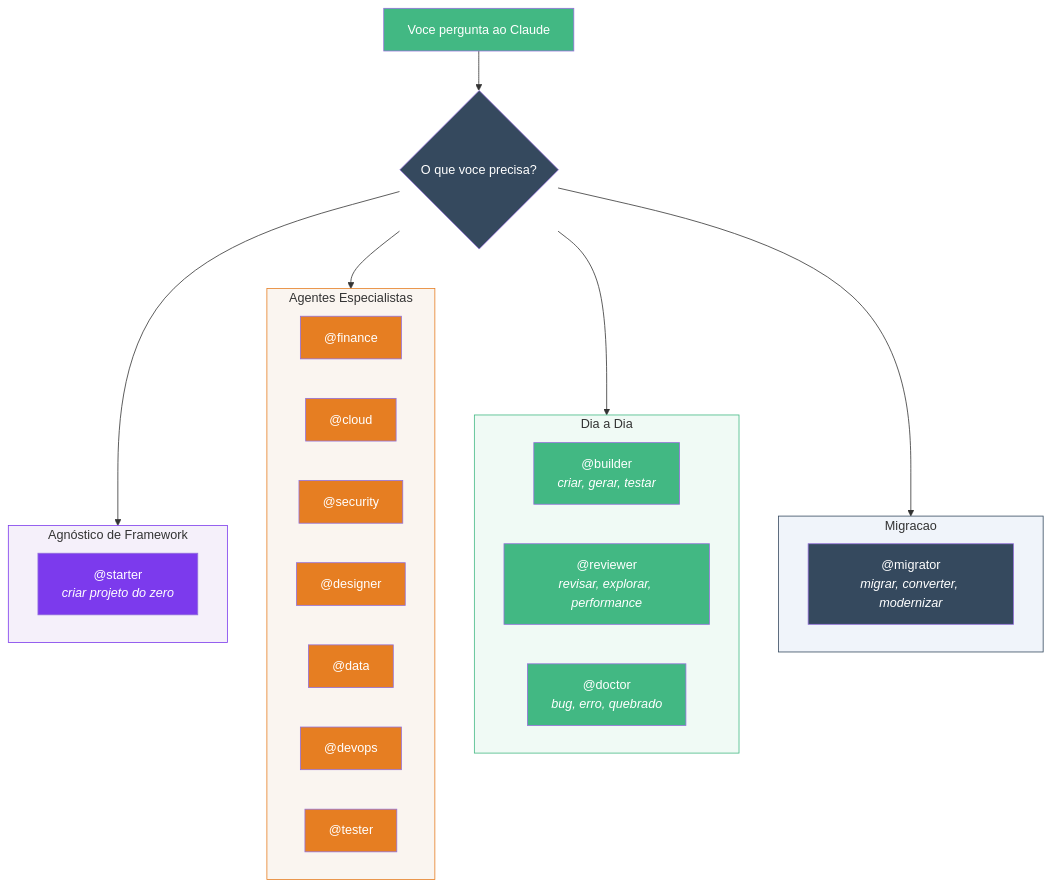
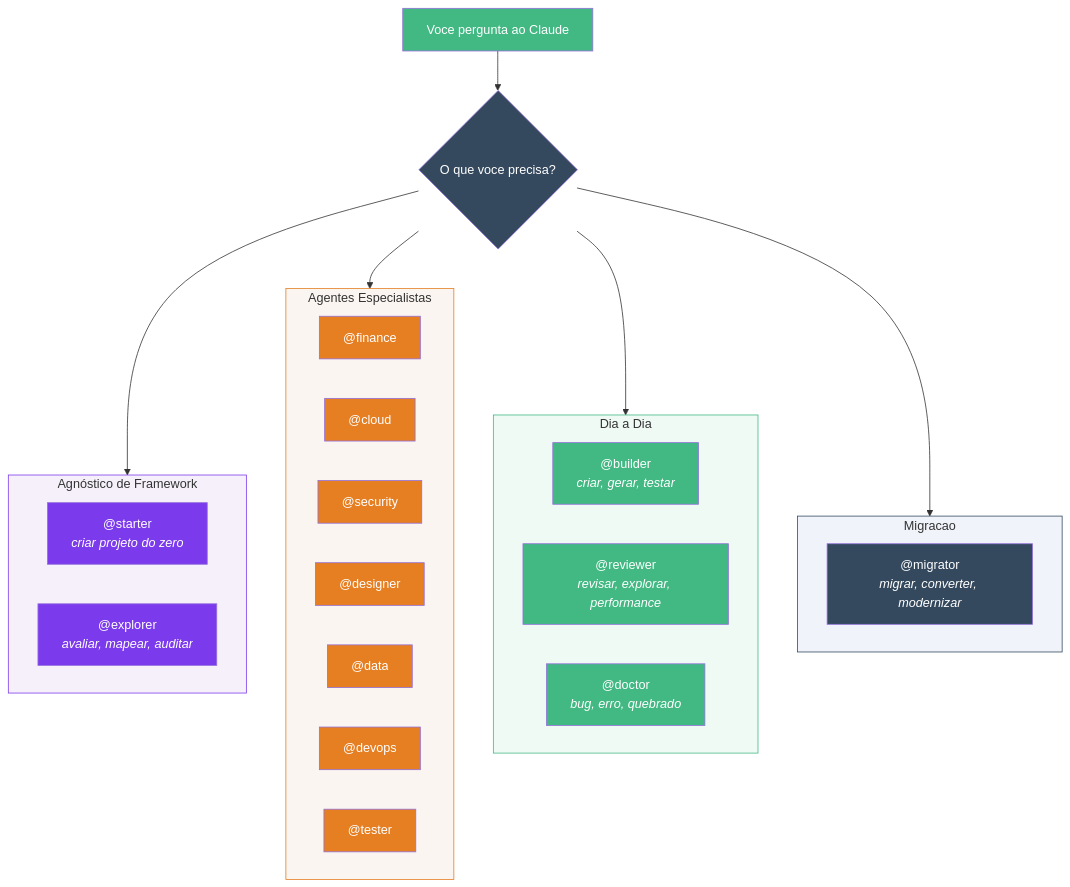
One commit to HerbertJulio/specialist-agent changed the first of 6 diagrams in docs/pt-BR/reference/agents.md. Above: the diagram before and after it, drawn with Mermaid. The commit also changed other lines of this file and 10 other files, not shown here.

````diff
--- a/docs/pt-BR/reference/agents.md
+++ b/docs/pt-BR/reference/agents.md
@@ -7,52 +7,54 @@
 ```mermaid
 graph TB
     User["Voce pergunta ao Claude"] --> Detect{"O que voce precisa?"}
 
     subgraph agnostic["Agnóstico de Framework"]
         Starter["@starter<br/><i>criar projeto do zero</i>"]
+        Explorer["@explorer<br/><i>avaliar, mapear, auditar</i>"]
     end
 
     subgraph specialists["Agentes Especialistas"]
         Finance["@finance"]
         Cloud["@cloud"]
         Security["@security"]
         Designer["@designer"]
         Data["@data"]
         DevOps["@devops"]
         Tester["@tester"]
     end
 
     subgraph daily["Dia a Dia"]
         Builder["@builder<br/><i>criar, gerar, testar</i>"]
         Reviewer["@reviewer<br/><i>revisar, explorar, performance</i>"]
         Doctor["@doctor<br/><i>bug, erro, quebrado</i>"]
     end
 
     subgraph migration["Migracao"]
         Migrator["@migrator<br/><i>migrar, converter, modernizar</i>"]
     end
 
     Detect --> agnostic
     Detect --> specialists
     Detect --> daily
     Detect --> migration
 
     style User fill:#42b883,color:#fff
     style Detect fill:#35495e,color:#fff
     style agnostic fill:#f5f0fa,stroke:#7c3aed
     style specialists fill:#faf5f0,stroke:#e67e22
     style daily fill:#f0faf5,stroke:#42b883
     style migration fill:#f0f4fa,stroke:#35495e
     style Starter fill:#7c3aed,color:#fff
+    style Explorer fill:#7c3aed,color:#fff
     style Finance fill:#e67e22,color:#fff
     style Cloud fill:#e67e22,color:#fff
     style Security fill:#e67e22,color:#fff
     style Designer fill:#e67e22,color:#fff
     style Data fill:#e67e22,color:#fff
     style DevOps fill:#e67e22,color:#fff
     style Tester fill:#e67e22,color:#fff
     style Builder fill:#42b883,color:#fff
     style Reviewer fill:#42b883,color:#fff
     style Doctor fill:#42b883,color:#fff
     style Migrator fill:#35495e,color:#fff
 ```
````
